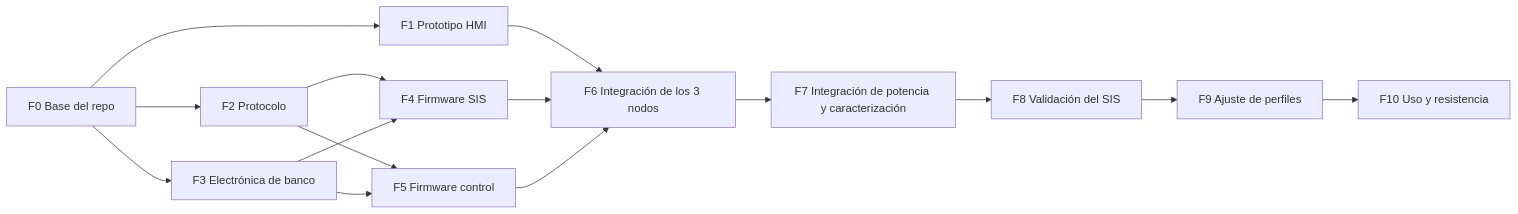
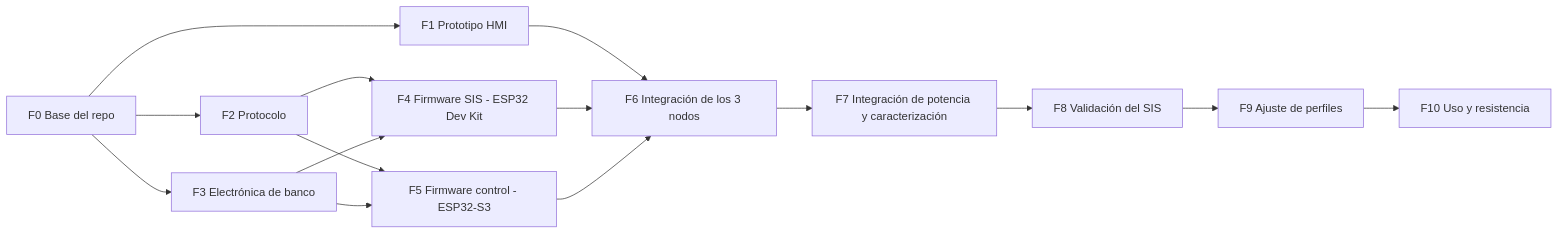
The diagram in docs/PLAN-MAESTRO.md (reymenez323/QuitaSicote3000), drawn with Mermaid before and after one commit. The commit also changed other lines of this file and 29 other files, not shown here.

First line of the commit message:
Plan maestro v5: control en ESP32-S3, SIS en ESP32 Dev Kit

````diff
--- a/docs/PLAN-MAESTRO.md
+++ b/docs/PLAN-MAESTRO.md
@@ -708,17 +743,17 @@
 ```mermaid
 flowchart LR
   F0[F0 Base del repo] --> F1[F1 Prototipo HMI]
   F0 --> F2[F2 Protocolo]
   F0 --> F3[F3 Electrónica de banco]
-  F2 --> F4[F4 Firmware SIS]
+  F2 --> F4[F4 Firmware SIS - ESP32 Dev Kit]
   F3 --> F4
-  F2 --> F5[F5 Firmware control]
+  F2 --> F5[F5 Firmware control - ESP32-S3]
   F3 --> F5
   F1 --> F6[F6 Integración de los 3 nodos]
   F4 --> F6
   F5 --> F6
   F6 --> F7[F7 Integración de potencia y caracterización]
   F7 --> F8[F8 Validación del SIS]
   F8 --> F9[F9 Ajuste de perfiles]
   F9 --> F10[F10 Uso y resistencia]
 ```
````
